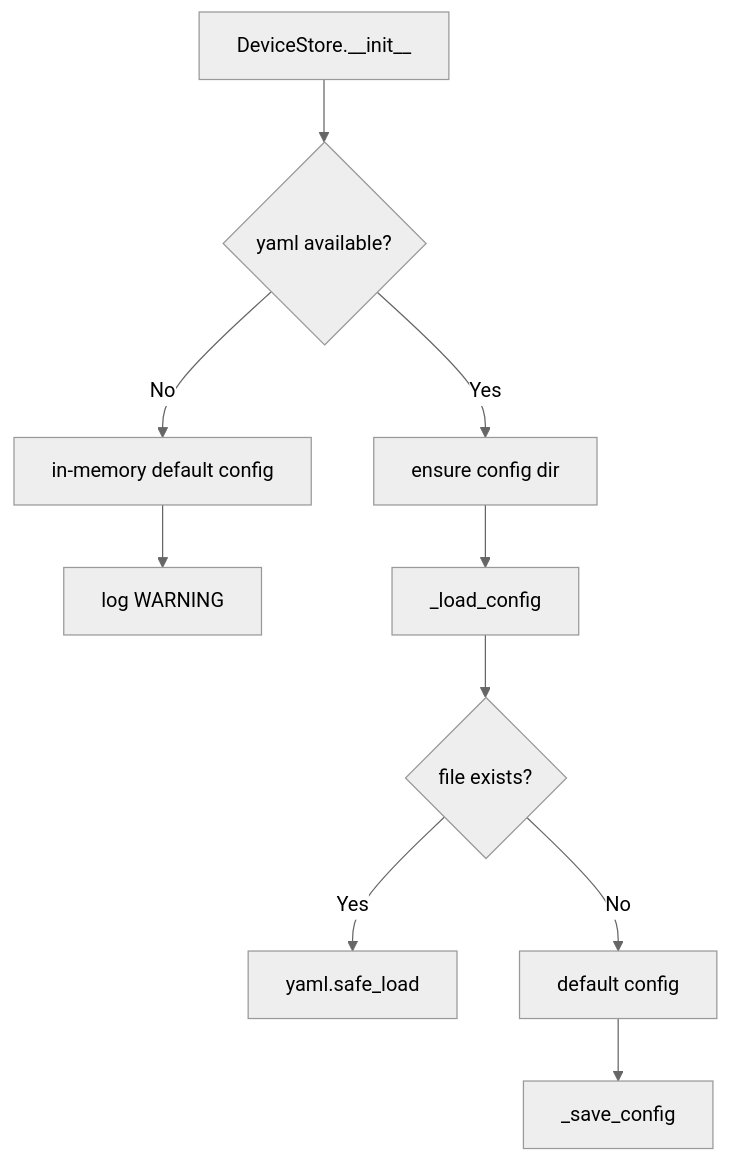
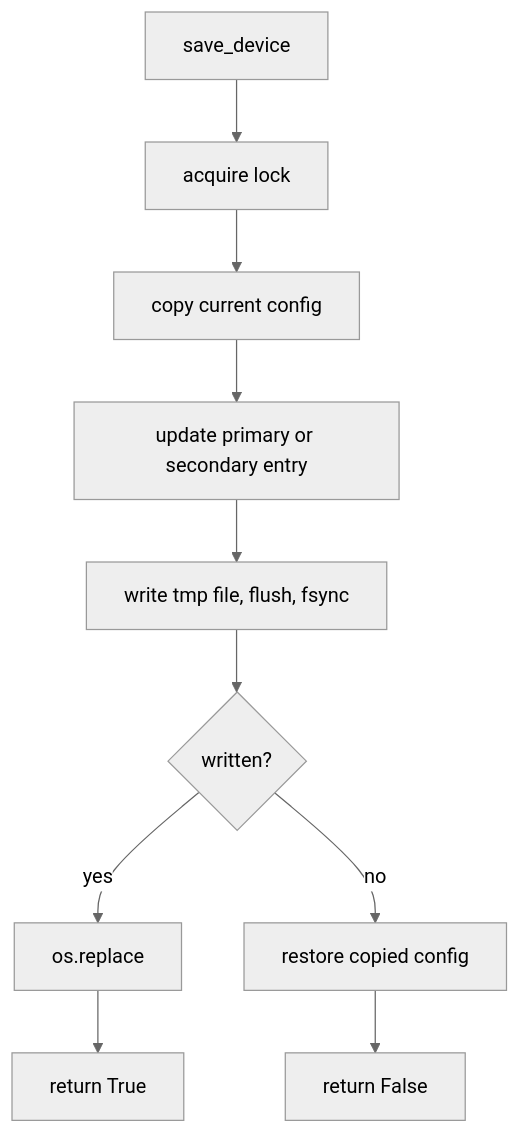
One commit to William12556/GTach changed the diagram in ai/workspace/design/design-a6b7c8d9-component_comm_device_store.md. Above: the diagram before and after it, drawn with Mermaid (neutral theme). The commit also changed other lines of this file and 13 other files, not shown here.

````diff
--- a/ai/workspace/design/design-a6b7c8d9-component_comm_device_store.md
+++ b/ai/workspace/design/design-a6b7c8d9-component_comm_device_store.md
@@ -322,12 +128,10 @@
 ```mermaid
 flowchart TD
-    A[DeviceStore.__init__] --> B{yaml available?}
-    B -- No --> C[in-memory default config]
-    C --> D[log WARNING]
-    B -- Yes --> E[ensure config dir]
-    E --> F[_load_config]
-    F --> G{file exists?}
-    G -- Yes --> H[yaml.safe_load]
-    G -- No --> I[default config]
-    I --> J[_save_config]
+    A[save_device] --> B[acquire lock]
+    B --> C[copy current config]
+    C --> D[update primary or secondary entry]
+    D --> E[write tmp file, flush, fsync]
+    E --> F{written?}
+    F -- yes --> G[os.replace] --> H[return True]
+    F -- no --> I[restore copied config] --> J[return False]
 ```
````
